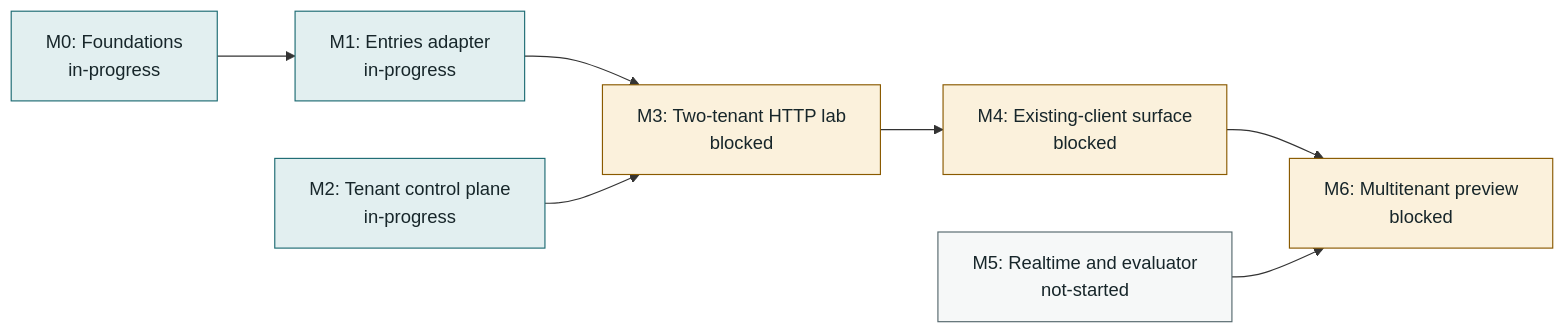
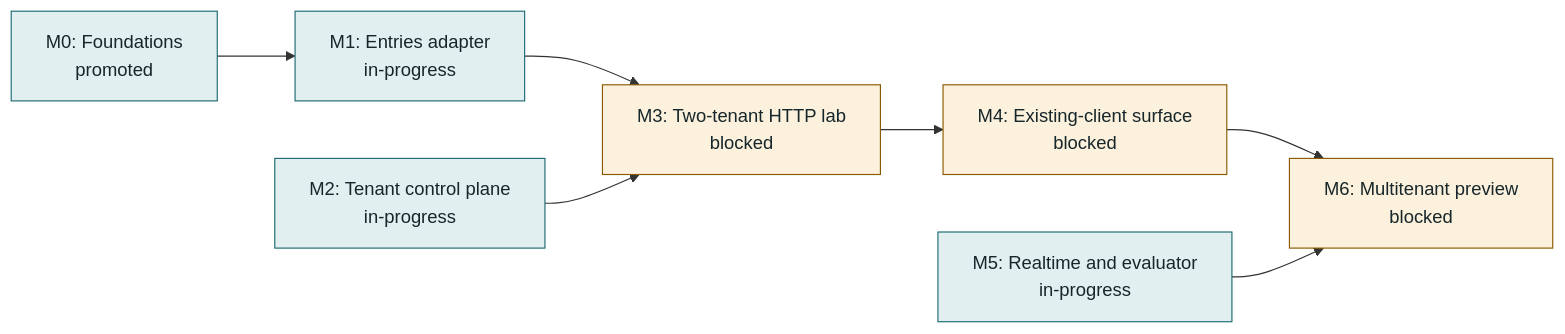
The first of 2 diagrams in docs/30-design/tenancy/multitenant-delivery-dashboard.md (bewest/rag-nightscout-ecosystem-alignment), drawn with Mermaid before and after one commit. The commit also changed other lines of this file and 13 other files, not shown here.

````diff
--- a/docs/30-design/tenancy/multitenant-delivery-dashboard.md
+++ b/docs/30-design/tenancy/multitenant-delivery-dashboard.md
@@ -19,26 +19,26 @@
 ```mermaid
 flowchart LR
-  M0["M0: Foundations<br/>in-progress"]
+  M0["M0: Foundations<br/>promoted"]
   M1["M1: Entries adapter<br/>in-progress"]
   M2["M2: Tenant control plane<br/>in-progress"]
   M3["M3: Two-tenant HTTP lab<br/>blocked"]
   M4["M4: Existing-client surface<br/>blocked"]
-  M5["M5: Realtime and evaluator<br/>not-started"]
+  M5["M5: Realtime and evaluator<br/>in-progress"]
   M6["M6: Multitenant preview<br/>blocked"]
   M0 --> M1
   M1 --> M3
   M2 --> M3
   M3 --> M4
   M4 --> M6
   M5 --> M6
   classDef active fill:#e2eff0,stroke:#1d6b73,color:#17262a
   classDef waiting fill:#fbf1dc,stroke:#8a5a00,color:#17262a
   classDef planned fill:#f6f8f8,stroke:#55686d,color:#17262a
   class M0 active
   class M1 active
   class M2 active
   class M3 waiting
   class M4 waiting
-  class M5 planned
+  class M5 active
   class M6 waiting
 ```
````
